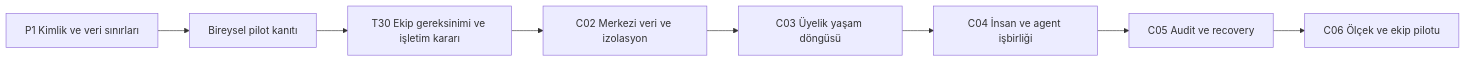
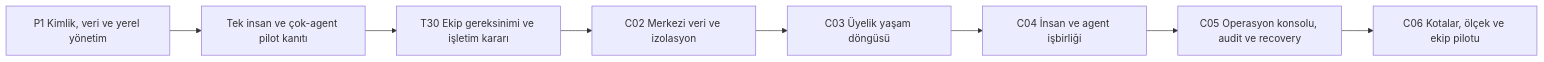
The diagram in docs/delivery/team-data-plan.md (alphanAkbulut/decivora), drawn with Mermaid before and after one commit. The commit also changed other lines of this file and 15 other files, not shown here.

Commit message:
docs: align diagrams and define administration and operations

````diff
--- a/docs/delivery/team-data-plan.md
+++ b/docs/delivery/team-data-plan.md
@@ -68,10 +68,10 @@
 ```mermaid
 flowchart LR
-    P1[P1 Kimlik ve veri sınırları] --> SOLO[Bireysel pilot kanıtı]
+    P1[P1 Kimlik, veri ve yerel yönetim] --> SOLO[Tek insan ve çok-agent pilot kanıtı]
     SOLO --> NEED[T30 Ekip gereksinimi ve işletim kararı]
     NEED --> C2[C02 Merkezi veri ve izolasyon]
     C2 --> C3[C03 Üyelik yaşam döngüsü]
     C3 --> C4[C04 İnsan ve agent işbirliği]
-    C4 --> C5[C05 Audit ve recovery]
-    C5 --> C6[C06 Ölçek ve ekip pilotu]
+    C4 --> C5[C05 Operasyon konsolu, audit ve recovery]
+    C5 --> C6[C06 Kotalar, ölçek ve ekip pilotu]
 ```
````
